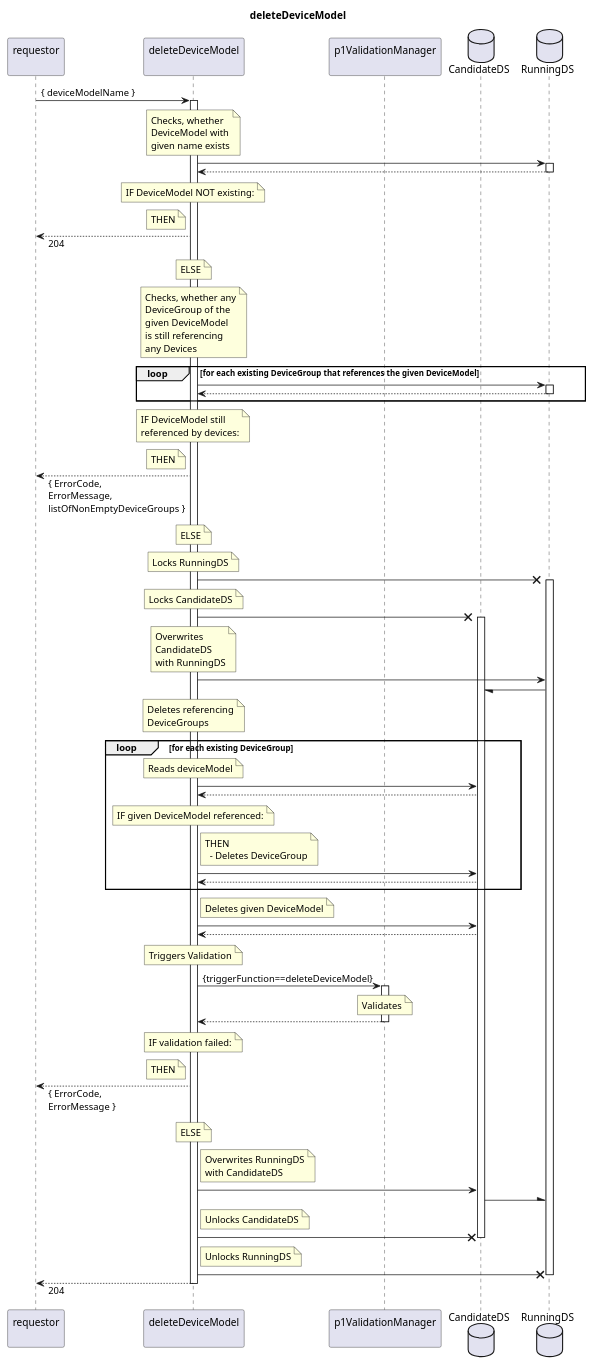
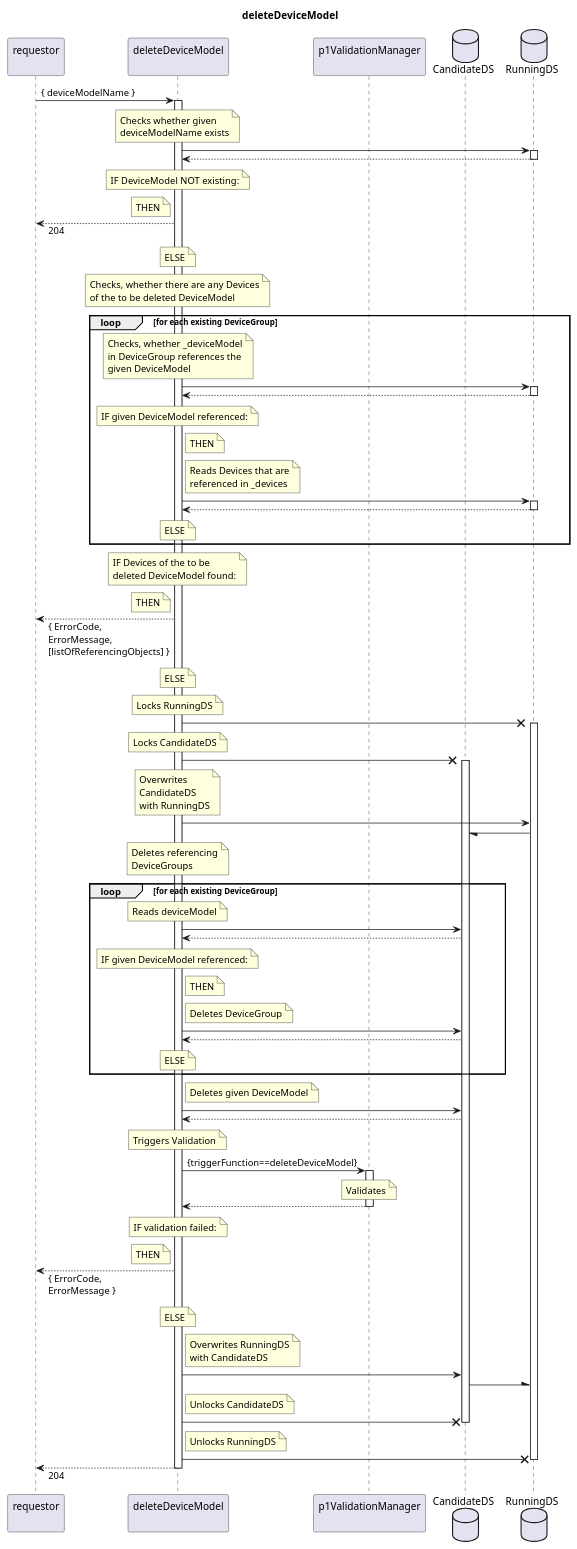
One commit to openBackhaul/FirmWareManager changed the diagram in spec/Services/deleteDeviceModel/1.0.0/deleteDeviceModel.plantuml. Above: the diagram before and after it, drawn with PlantUML. The commit also changed 10 other files, not shown here.

```diff
--- a/spec/Services/deleteDeviceModel/1.0.0/deleteDeviceModel.plantuml
+++ b/spec/Services/deleteDeviceModel/1.0.0/deleteDeviceModel.plantuml
@@ -1,149 +1,172 @@
 @startuml deleteDeviceModel
 skinparam responseMessageBelowArrow true
 
 title
   deleteDeviceModel
 end title
 
 participant "requestor\n" as requestor
 participant "deleteDeviceModel\n" as delDevMod
 participant "p1ValidationManager\n" as valiMan
 database "CandidateDS" as CanDS
 database "RunningDS" as RunDS
 
 requestor -> delDevMod: { deviceModelName }
 activate delDevMod
 
   note over delDevMod
-    Checks, whether
-    DeviceModel with
-    given name exists
+    Checks whether given
+    deviceModelName exists
   end note
   delDevMod -> RunDS
   activate RunDS
   delDevMod <-- RunDS
   deactivate RunDS
   note over delDevMod
     IF DeviceModel NOT existing:
   end note
   note left delDevMod
     THEN
   end note
   requestor <-- delDevMod: 204
   note over delDevMod
     ELSE
   end note
 
   note over delDevMod
-    Checks, whether any
-    DeviceGroup of the
-    given DeviceModel
-    is still referencing
-    any Devices
+    Checks, whether there are any Devices
+    of the to be deleted DeviceModel
   end note
-  loop for each existing DeviceGroup that references the given DeviceModel
+  loop for each existing DeviceGroup
+    note over delDevMod
+      Checks, whether _deviceModel
+      in DeviceGroup references the
+      given DeviceModel
+    end note
     delDevMod -> RunDS
     activate RunDS
     delDevMod <-- RunDS
     deactivate RunDS
+    note over delDevMod
+      IF given DeviceModel referenced:
+    end note
+    note right delDevMod
+      THEN
+    end note
+      note right delDevMod
+        Reads Devices that are
+        referenced in _devices
+      end note
+      delDevMod -> RunDS
+      activate RunDS
+      delDevMod <-- RunDS
+      deactivate RunDS
+    note over delDevMod
+      ELSE
+    end note
   end loop
   note over delDevMod
-    IF DeviceModel still
-    referenced by devices:
+    IF Devices of the to be
+    deleted DeviceModel found:
   end note
   note left delDevMod
     THEN
   end note
-  requestor <-- delDevMod: { ErrorCode,\nErrorMessage,\nlistOfNonEmptyDeviceGroups }
+  requestor <-- delDevMod: { ErrorCode,\nErrorMessage,\n[listOfReferencingObjects] }
   note over delDevMod
     ELSE
   end note
 
   note over delDevMod
     Locks RunningDS
   end note
   delDevMod -X RunDS
   activate RunDS
   note over delDevMod
     Locks CandidateDS
   end note
   delDevMod -X CanDS
   activate CanDS
   note over delDevMod
     Overwrites
     CandidateDS
     with RunningDS
   end note
   delDevMod -> RunDS
   RunDS -/ CanDS
 
   note over delDevMod
     Deletes referencing
     DeviceGroups
   end note
   loop for each existing DeviceGroup
     note over delDevMod
       Reads deviceModel
     end note
     delDevMod -> CanDS
     delDevMod <-- CanDS
     note over delDevMod
       IF given DeviceModel referenced:
     end note
     note right delDevMod
       THEN
-        - Deletes DeviceGroup
+    end note
+    note right delDevMod
+      Deletes DeviceGroup
     end note
     delDevMod -> CanDS
     delDevMod <-- CanDS
+    note over delDevMod
+      ELSE
+    end note
   end loop
 
   note right delDevMod
     Deletes given DeviceModel
   end note
   delDevMod -> CanDS
   delDevMod <-- CanDS
 
   note over delDevMod
     Triggers Validation
   end note
   delDevMod -> valiMan: {triggerFunction==deleteDeviceModel}
   activate valiMan
     note over valiMan
       Validates
     end note
   delDevMod <-- valiMan
   deactivate valiMan
   note over delDevMod
     IF validation failed:
   end note
   note left delDevMod
     THEN
   end note
   requestor <-- delDevMod: { ErrorCode,\nErrorMessage }
   note over delDevMod
     ELSE
   end note
 
   note right delDevMod
     Overwrites RunningDS
     with CandidateDS
   end note
   delDevMod -> CanDS
   CanDS -\ RunDS
   note right delDevMod
     Unlocks CandidateDS
   end note
   delDevMod -X CanDS
   deactivate CanDS
   note right delDevMod
     Unlocks RunningDS
   end note
   delDevMod -X RunDS
   deactivate RunDS
 
   requestor <-- delDevMod: 204
 
 deactivate delDevMod
 
 @enduml
```
